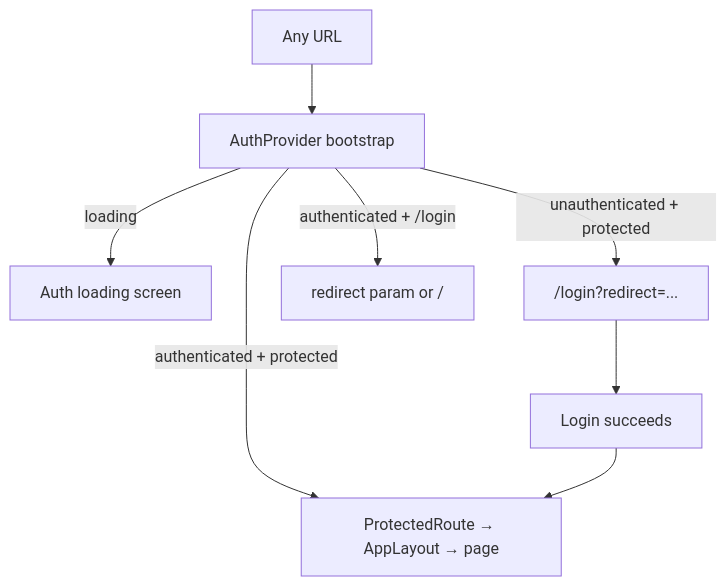
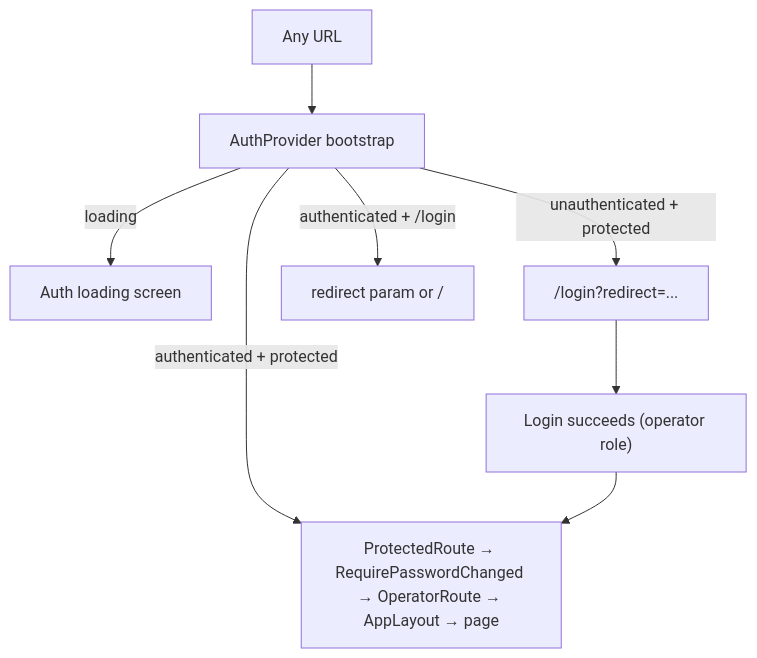
One commit to raouf-b-dev/ecommerce-admin-dashboard changed the first of 2 diagrams in docs/architecture/ARCHITECTURE.md. Above: the diagram before and after it, drawn with Mermaid. The commit also changed other lines of this file and 1 other file, not shown here.

First line of the commit message:
Update architecture documentation to reflect routing and session management changes

````diff
--- a/docs/architecture/ARCHITECTURE.md
+++ b/docs/architecture/ARCHITECTURE.md
@@ -36,10 +36,10 @@
 ```mermaid
 flowchart TD
   Visit["Any URL"] --> Boot["AuthProvider bootstrap"]
   Boot -->|loading| Spinner["Auth loading screen"]
   Boot -->|unauthenticated + protected| Login["/login?redirect=..."]
   Boot -->|authenticated + /login| Home["redirect param or /"]
-  Boot -->|authenticated + protected| Shell["ProtectedRoute → AppLayout → page"]
-  Login --> Submit["Login succeeds"]
+  Boot -->|authenticated + protected| Shell["ProtectedRoute → RequirePasswordChanged → OperatorRoute → AppLayout → page"]
+  Login --> Submit["Login succeeds (operator role)"]
   Submit --> Shell
 ```
````
